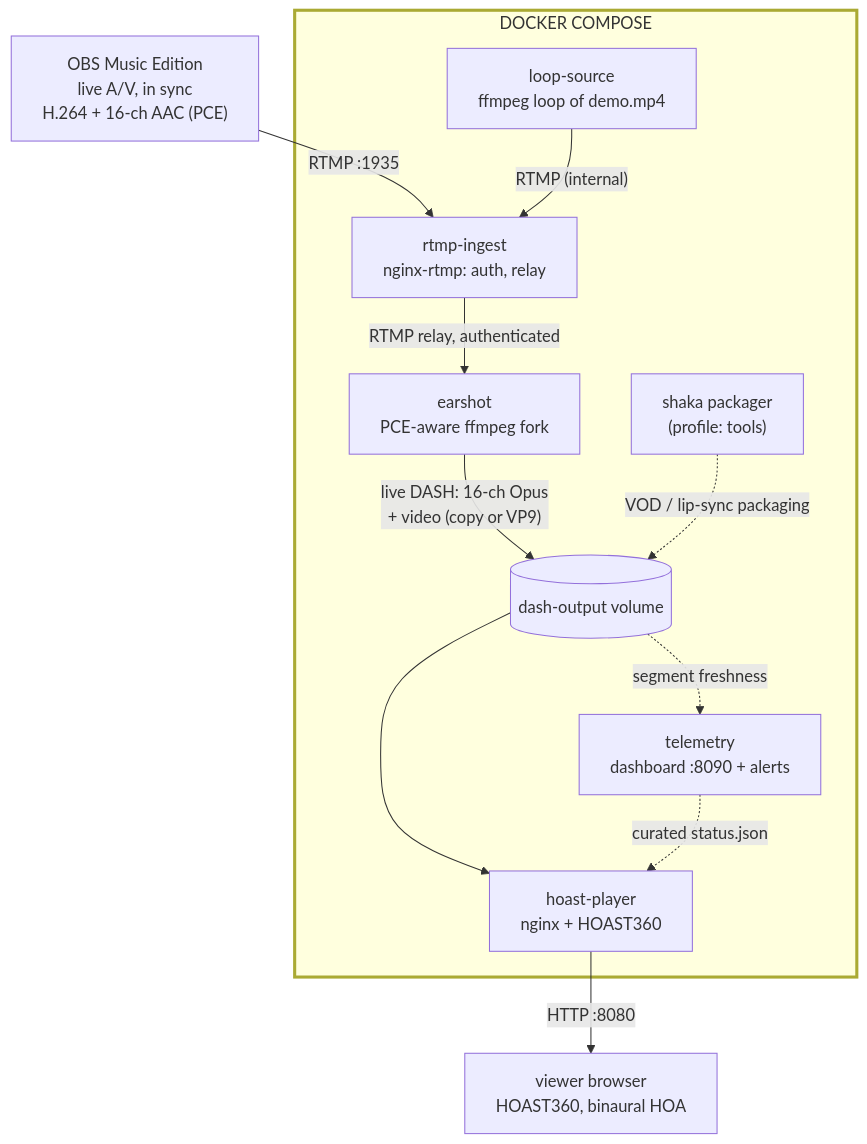
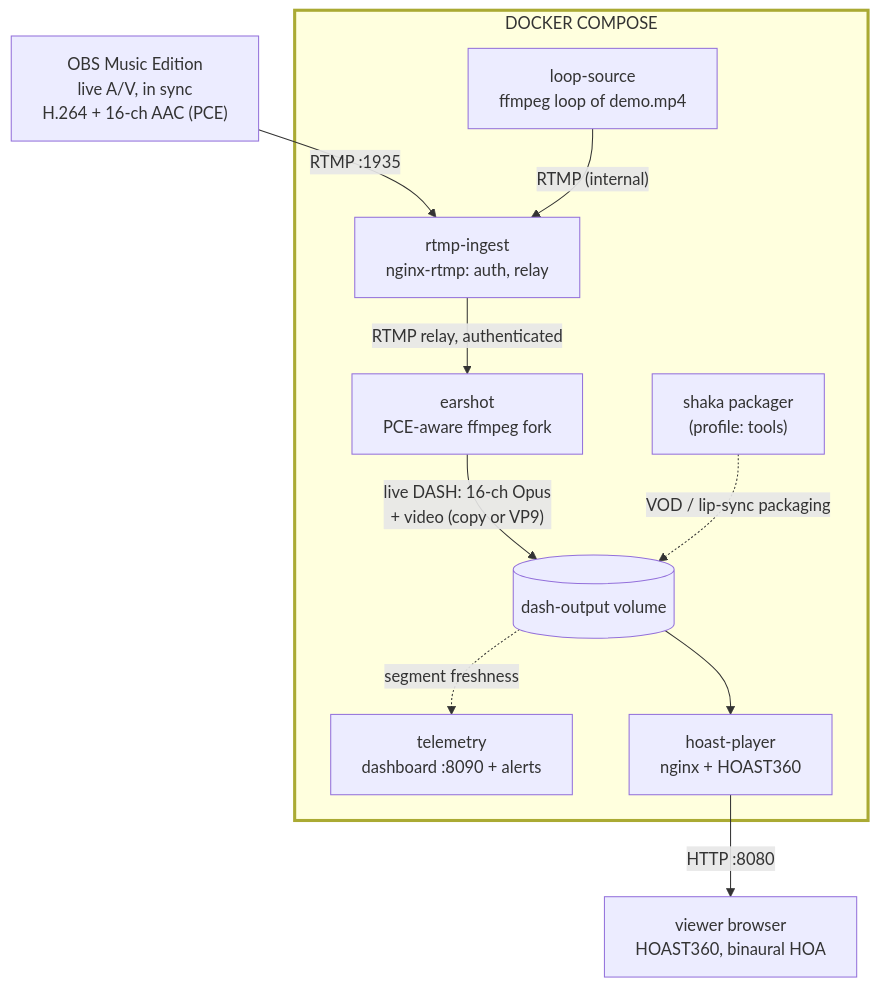
The diagram in README.md (mormegil6/ambisonic-box), drawn with Mermaid before and after one commit.

Commit message:
README: drop the telemetry->hoast-player arrow to lose a row
That dotted edge was the only thing forcing telemetry onto a row of its own:
in a TD flowchart an arrow from A to B means A ranks above B, so sitting
between the volume and the player cost a full row. The fact it carried is
already in the service table, which lists telemetry's curated public
status.json, and the telemetry box itself is untouched.

834x1107 -> 837x955, still at full type size. For the record on the two layouts
that cannot work: OBS, loop-source and rtmp-ingest cannot share a row because
both arrows point into rtmp-ingest, which by definition puts the sources above
it; and the viewer cannot tuck beside the compose box the way OBS does, because
OBS sits on row 0 which falls inside the box's row span whereas the viewer sits
one row past its last. Both would need horizontal arrows, i.e. LR - and all-LR
measures 2384x379, which scales to 35% type, worse than what we started with.

````diff
--- a/README.md
+++ b/README.md
@@ -13,27 +13,26 @@
 ```mermaid
 flowchart TD
     OBS["OBS Music Edition<br/>live A/V, in sync<br/>H.264 + 16-ch AAC (PCE)"]
 
     subgraph COMPOSE["DOCKER COMPOSE"]
         INGEST["rtmp-ingest<br/>nginx-rtmp: auth, relay"]
         LOOP["loop-source<br/>ffmpeg loop of demo.mp4"]
         EARSHOT["earshot<br/>PCE-aware ffmpeg fork"]
         VOL[("dash-output volume")]
         SHAKA["shaka packager<br/>(profile: tools)"]
         TELEM["telemetry<br/>dashboard :8090 + alerts"]
         PLAYER["hoast-player<br/>nginx + HOAST360"]
     end
 
     VIEWER["viewer browser<br/>HOAST360, binaural HOA"]
 
     OBS -- "RTMP :1935" --> INGEST
     LOOP -- "RTMP (internal)" --> INGEST
     INGEST -- "RTMP relay, authenticated" --> EARSHOT
     EARSHOT -- "live DASH: 16-ch Opus<br/>+ video (copy or VP9)" --> VOL
     SHAKA -. "VOD / lip-sync packaging" .-> VOL
     VOL --> PLAYER
     VOL -. "segment freshness" .-> TELEM
-    TELEM -. "curated status.json" .-> PLAYER
     PLAYER -- "HTTP :8080" --> VIEWER
     style COMPOSE stroke-width:3px
 ```
````
